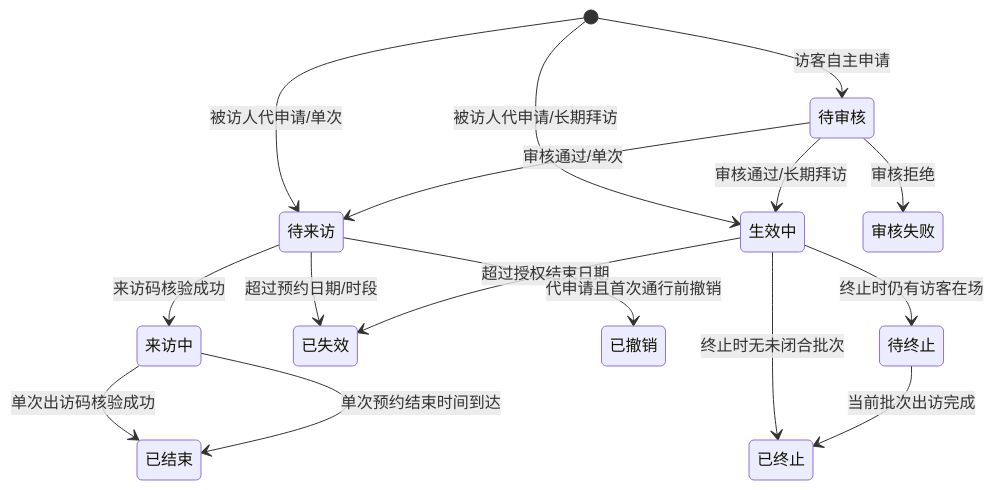
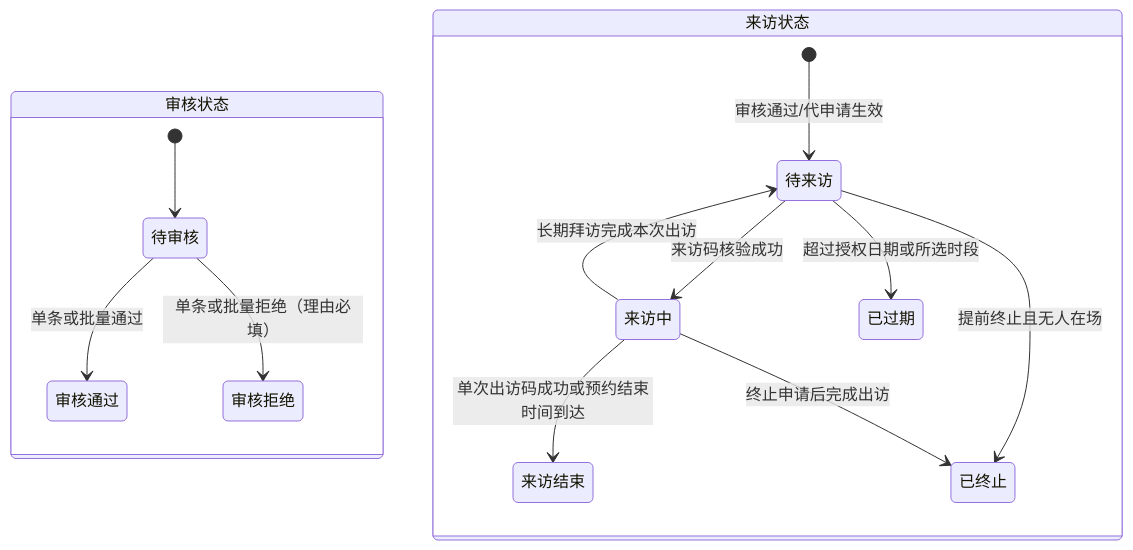
Before and after one commit to tangxiaochen755-droid/visitor-phase1-visual-blue: the first of 2 diagrams in docs/integration/03-状态机与数据口径.md, drawn with Mermaid. The commit also changed other lines of this file and 11 other files, not shown here.

````diff
--- a/docs/integration/03-状态机与数据口径.md
+++ b/docs/integration/03-状态机与数据口径.md
@@ -5,18 +18,17 @@
 ```mermaid
 stateDiagram-v2
-  [*] --> 待审核: 访客自主申请
-  [*] --> 待来访: 被访人代申请/单次
-  [*] --> 生效中: 被访人代申请/长期拜访
-  待审核 --> 待来访: 审核通过/单次
-  待审核 --> 生效中: 审核通过/长期拜访
-  待审核 --> 审核失败: 审核拒绝
-  待来访 --> 来访中: 来访码核验成功
-  来访中 --> 已结束: 单次出访码核验成功
-  来访中 --> 已结束: 单次预约结束时间到达
-  待来访 --> 已失效: 超过预约日期/时段
-  生效中 --> 已失效: 超过授权结束日期
-  待来访 --> 已撤销: 代申请且首次通行前撤销
-  生效中 --> 已终止: 终止时无未闭合批次
-  生效中 --> 待终止: 终止时仍有访客在场
-  待终止 --> 已终止: 当前批次出访完成
+  state 审核状态 {
+    [*] --> 待审核
+    待审核 --> 审核通过: 单条或批量通过
+    待审核 --> 审核拒绝: 单条或批量拒绝（理由必填）
+  }
+  state 来访状态 {
+    [*] --> 待来访: 审核通过/代申请生效
+    待来访 --> 来访中: 来访码核验成功
+    来访中 --> 待来访: 长期拜访完成本次出访
+    来访中 --> 来访结束: 单次出访码成功或预约结束时间到达
+    待来访 --> 已过期: 超过授权日期或所选时段
+    待来访 --> 已终止: 提前终止且无人在场
+    来访中 --> 已终止: 终止申请后完成出访
+  }
 ```
````
